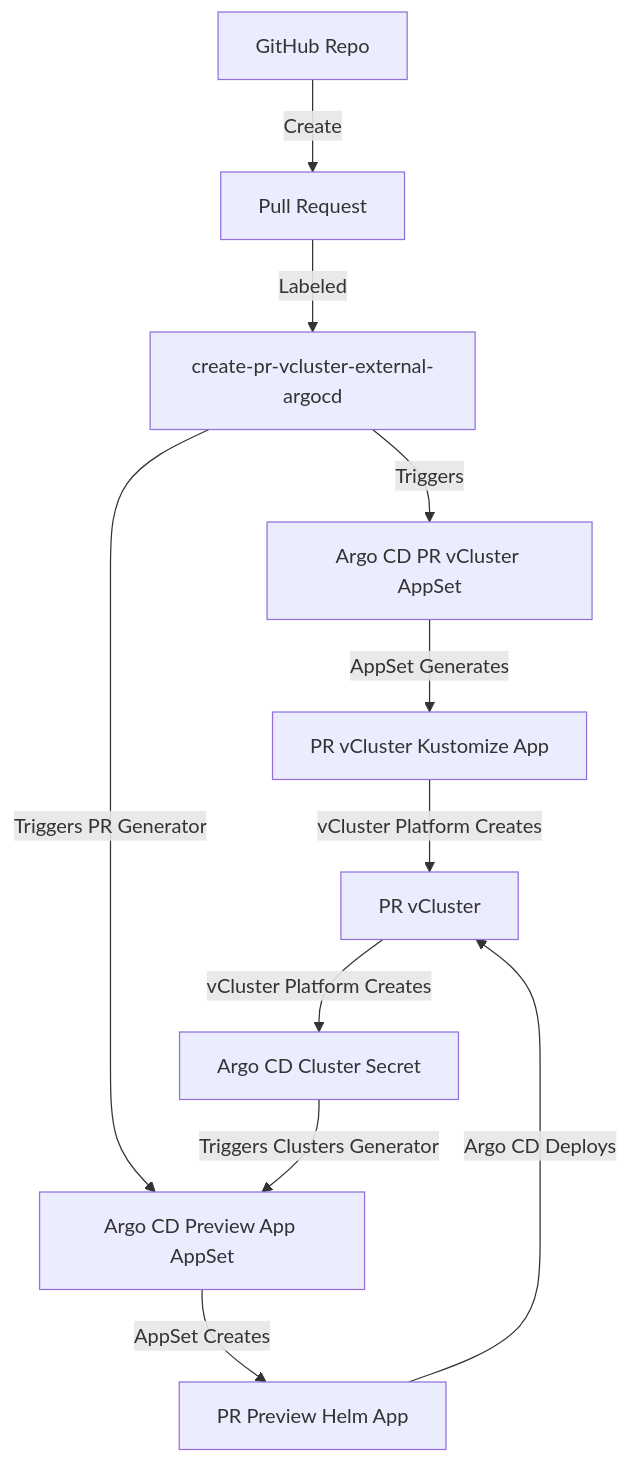
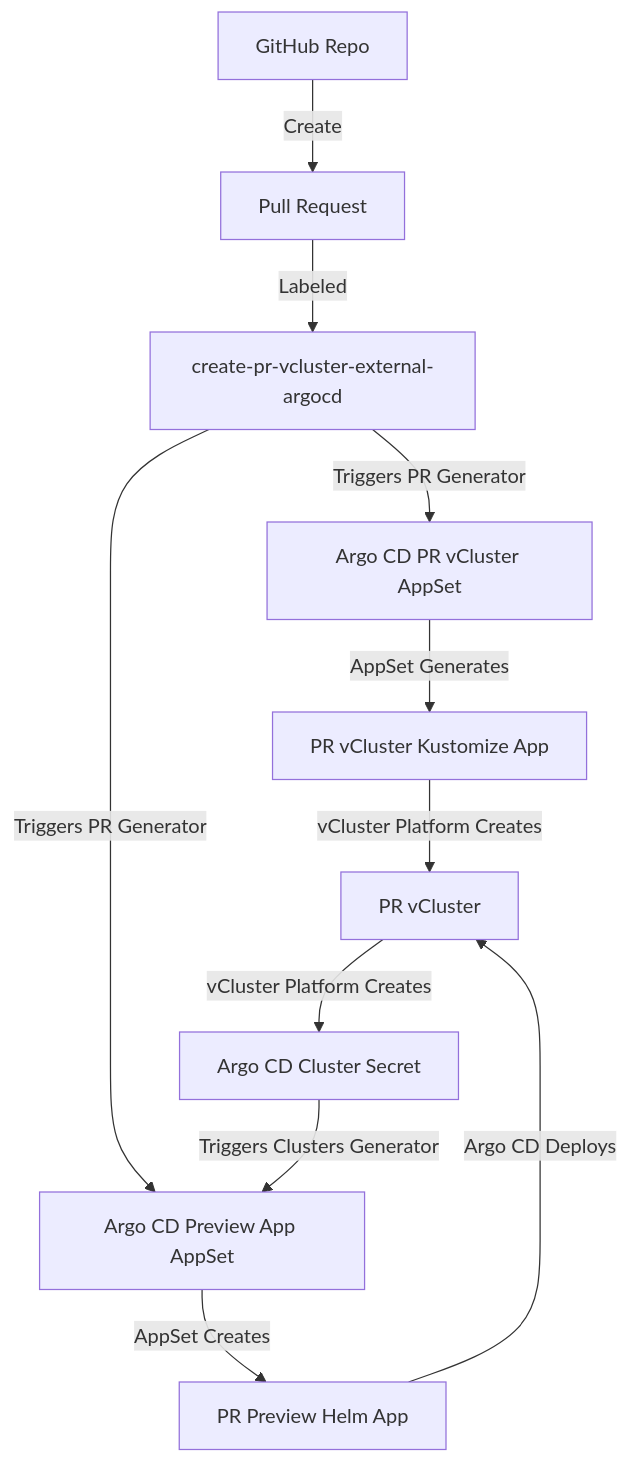
Before and after one commit to loft-demos/vcluster-platform-demo-app-template: the diagram in vcluster-gitops/argocd/pr-environments/pr-vCluster-external-argo-flow.md, drawn with Mermaid.

````diff
--- a/vcluster-gitops/argocd/pr-environments/pr-vCluster-external-argo-flow.md
+++ b/vcluster-gitops/argocd/pr-environments/pr-vCluster-external-argo-flow.md
@@ -3,16 +3,16 @@
 ```mermaid
 ---
 config:
   look: classic
 ---
 flowchart TD
     A["GitHub Repo"] -->| Create | B["Pull Request"] -->| Labeled | LPR[create-pr-vcluster-external-argocd] 
-    LPR -->| Triggers | C["Argo CD PR vCluster AppSet"]
+    LPR -->| Triggers PR Generator | C["Argo CD PR vCluster AppSet"]
     C -->| AppSet Generates | VA["PR vCluster Kustomize App"]
     VA --> | vCluster Platform Creates |V["PR vCluster"]
     V --> | vCluster Platform Creates |CS["Argo CD Cluster Secret"]
     LPR --> | Triggers PR Generator |AS["Argo CD Preview App AppSet"]
     CS --> | Triggers Clusters Generator |AS["Argo CD Preview App AppSet"]
     AS -->| AppSet Creates | APP["PR Preview Helm App"]
     APP --> | Argo CD Deploys | V
 ```
````
